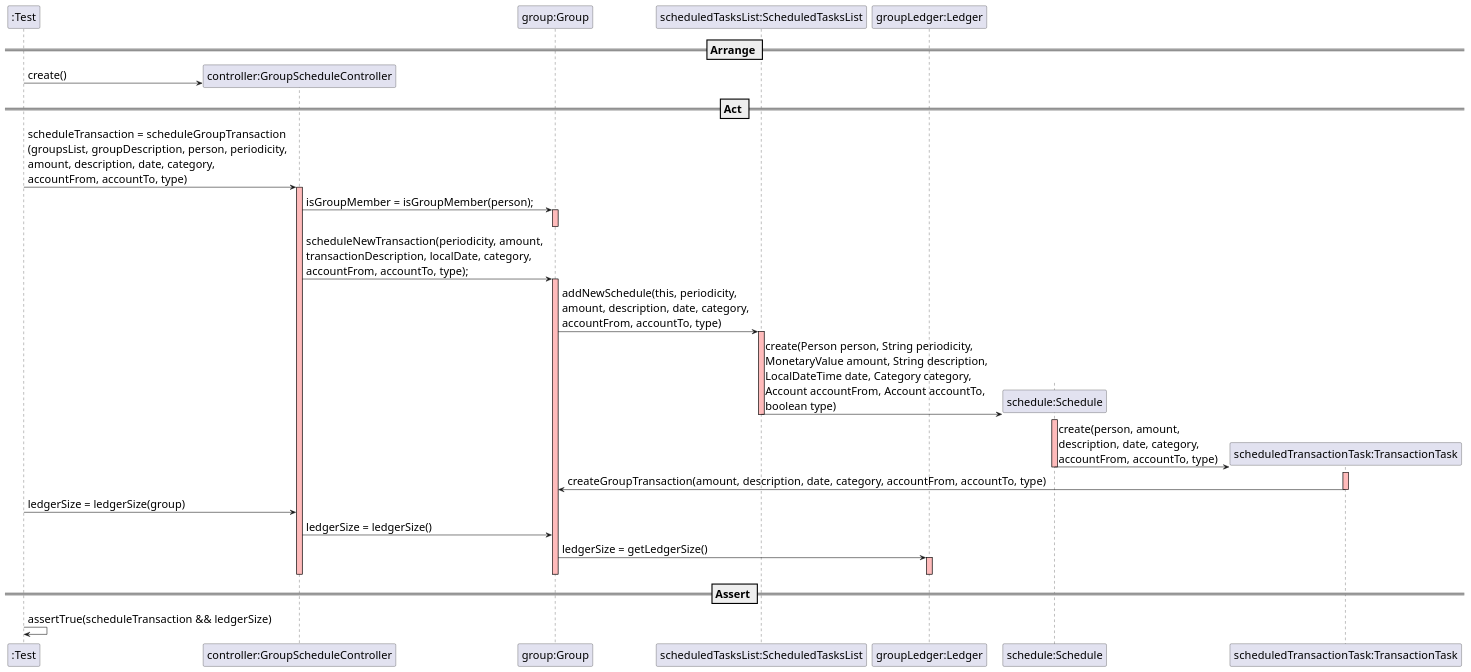
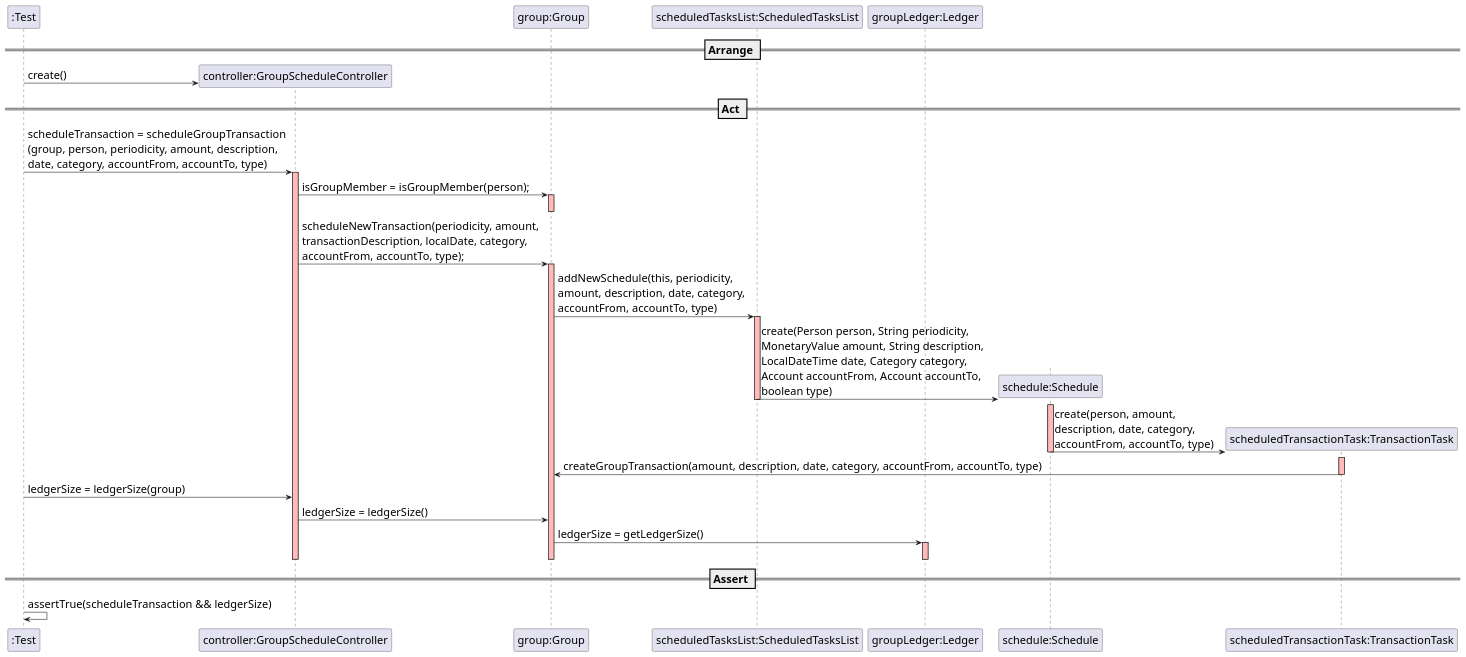
Before and after one commit to mleitaoribeiro/DevOpsMaven: the diagram in docs/SequenceDiagram - US020.2.puml, drawn with PlantUML. The commit also changed 2 other files, not shown here.

```diff
--- a/docs/SequenceDiagram - US020.2.puml
+++ b/docs/SequenceDiagram - US020.2.puml
@@ -1,49 +1,49 @@
 @startuml
 skinparam DefaultFontSize 20
 participant ":Test"
 
 == Arrange ==
 
 create "controller:GroupScheduleController"
 ":Test" -> "controller:GroupScheduleController" : create()
 
 participant "group:Group"
 participant "scheduledTasksList:ScheduledTasksList"
 participant "groupLedger:Ledger"
 
 == Act ==
 
-":Test" -> "controller:GroupScheduleController" : scheduleTransaction = scheduleGroupTransaction\n(groupsList, groupDescription, person, periodicity, \namount, description, date, category, \naccountFrom, accountTo, type)
+":Test" -> "controller:GroupScheduleController" : scheduleTransaction = scheduleGroupTransaction\n(group, person, periodicity, amount, description, \ndate, category, accountFrom, accountTo, type)
 activate "controller:GroupScheduleController" #FFBBBB
 "controller:GroupScheduleController" -> "group:Group" : isGroupMember = isGroupMember(person);
 activate "group:Group" #FFBBBB
 deactivate "group:Group"
 "controller:GroupScheduleController" -> "group:Group" : scheduleNewTransaction(periodicity, amount, \ntransactionDescription, localDate, category, \naccountFrom, accountTo, type);
 activate "group:Group" #FFBBBB
 "group:Group" -> "scheduledTasksList:ScheduledTasksList" : addNewSchedule(this, periodicity, \namount, description, date, category, \naccountFrom, accountTo, type)
 activate "scheduledTasksList:ScheduledTasksList" #FFBBBB
 create "schedule:Schedule"
 "scheduledTasksList:ScheduledTasksList" -> "schedule:Schedule" : create(Person person, String periodicity, \nMonetaryValue amount, String description, \nLocalDateTime date, Category category, \nAccount accountFrom, Account accountTo, \nboolean type)
 activate "schedule:Schedule" #FFBBBB
 create "scheduledTransactionTask:TransactionTask"
 deactivate "scheduledTasksList:ScheduledTasksList"
 "schedule:Schedule" -> "scheduledTransactionTask:TransactionTask" : create(person, amount, \ndescription, date, category, \naccountFrom, accountTo, type)
 deactivate "schedule:Schedule"
 activate "scheduledTransactionTask:TransactionTask" #FFBBBB
 "scheduledTransactionTask:TransactionTask" -> "group:Group" : createGroupTransaction(amount, description, date, category, accountFrom, accountTo, type)
 deactivate "scheduledTransactionTask:TransactionTask"
 
 ":Test" -> "controller:GroupScheduleController" : ledgerSize = ledgerSize(group)
 "controller:GroupScheduleController" -> "group:Group" : ledgerSize = ledgerSize()
 "group:Group" -> "groupLedger:Ledger" : ledgerSize = getLedgerSize()
 activate "groupLedger:Ledger" #FFBBBB
 deactivate "controller:GroupScheduleController"
 deactivate "group:Group"
 deactivate "groupLedger:Ledger"
 
 == Assert ==
 
 ":Test" -> ":Test" : assertTrue(scheduleTransaction && ledgerSize)
 
 
 @enduml
```
